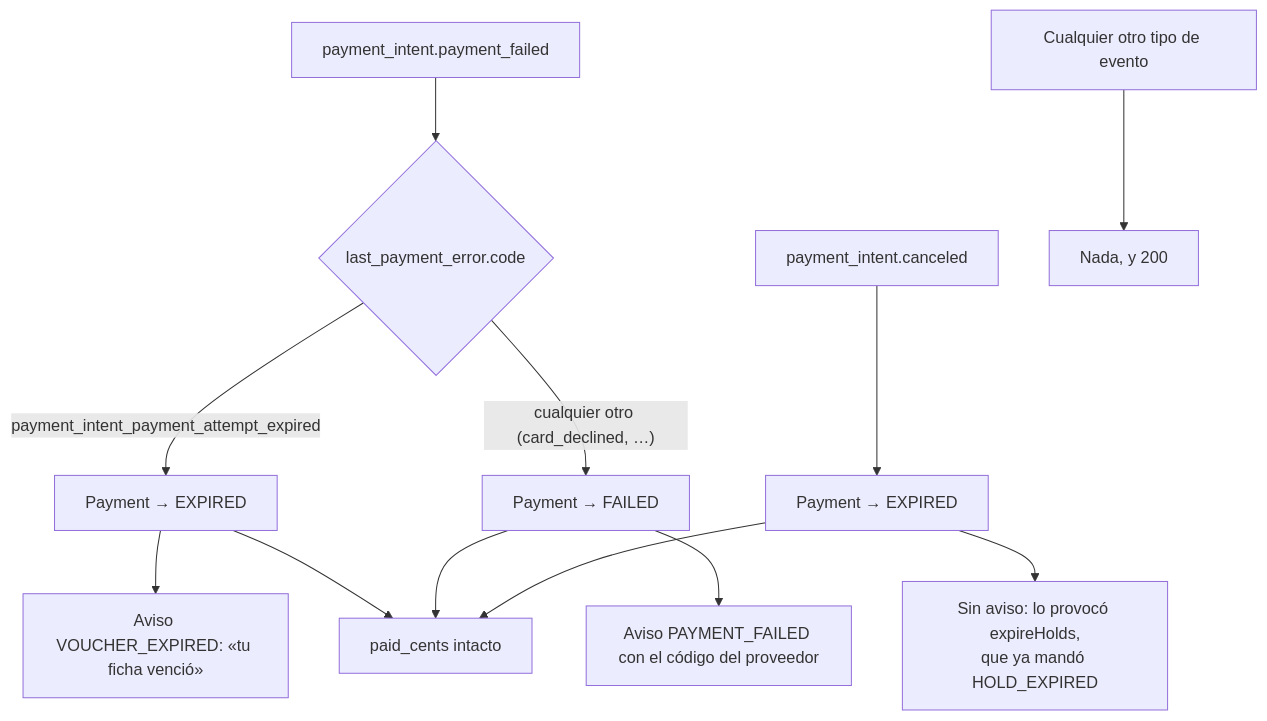
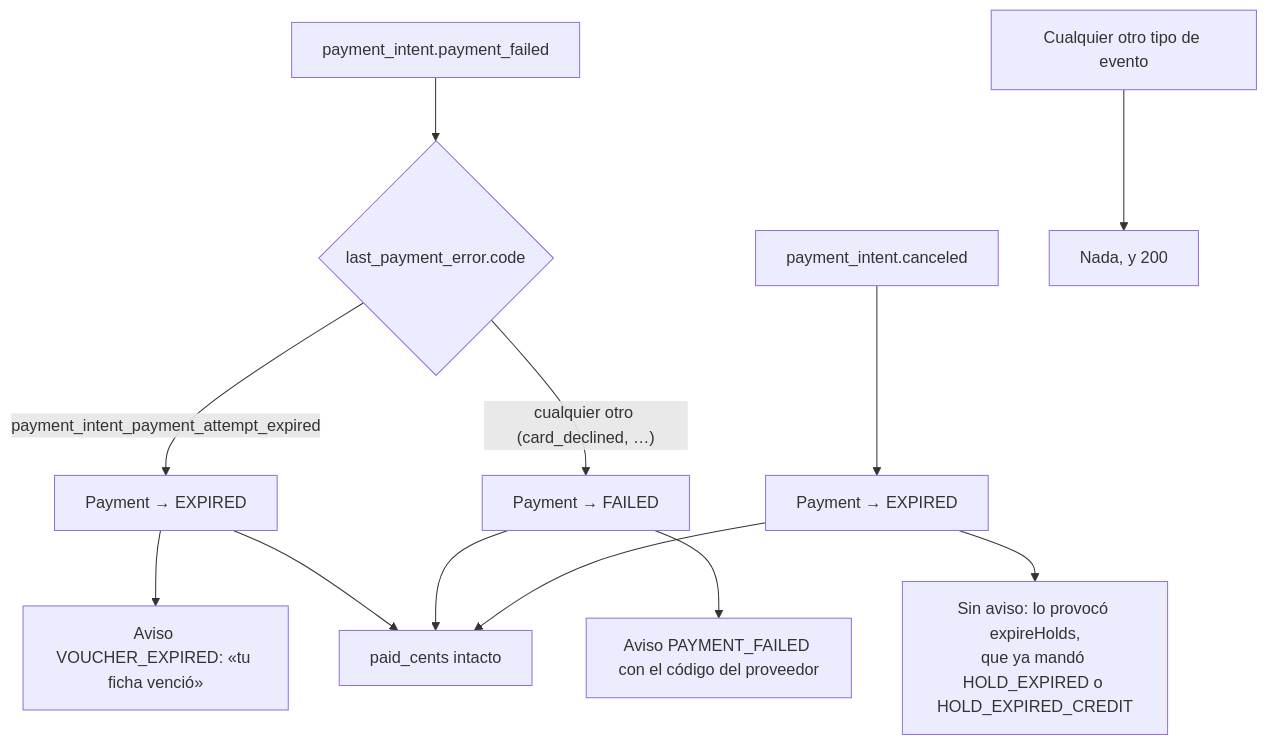
Before and after one commit to erickgs2/ruta_mochilera: the tenth of 14 diagrams in docs/diagrams/payment-flow.md, drawn with Mermaid. The commit also changed 2 other files, not shown here.

Commit message:
docs: close the phase 2b decisions record after the final integration
Adds the state summary and an index to decisiones-fase-2b.md, and names
HOLD_EXPIRED_CREDIT next to HOLD_EXPIRED where the docs say the job already
notified the customer.

````diff
--- a/docs/diagrams/payment-flow.md
+++ b/docs/diagrams/payment-flow.md
@@ -278,17 +278,17 @@
 ```mermaid
 flowchart TD
     A["payment_intent.payment_failed"] --> B{"last_payment_error.code"}
     B -- "payment_intent_payment_attempt_expired" --> C["Payment → EXPIRED"]
     C --> D["Aviso VOUCHER_EXPIRED: «tu ficha venció»"]
     B -- "cualquier otro (card_declined, …)" --> E["Payment → FAILED"]
     E --> F["Aviso PAYMENT_FAILED con el código del proveedor"]
 
     G["payment_intent.canceled"] --> H["Payment → EXPIRED"]
-    H --> I["Sin aviso: lo provocó expireHolds,<br/>que ya mandó HOLD_EXPIRED"]
+    H --> I["Sin aviso: lo provocó expireHolds,<br/>que ya mandó HOLD_EXPIRED o HOLD_EXPIRED_CREDIT"]
 
     J["Cualquier otro tipo de evento"] --> K["Nada, y 200"]
 
     C --> L["paid_cents intacto"]
     E --> L
     H --> L
 ```
````
